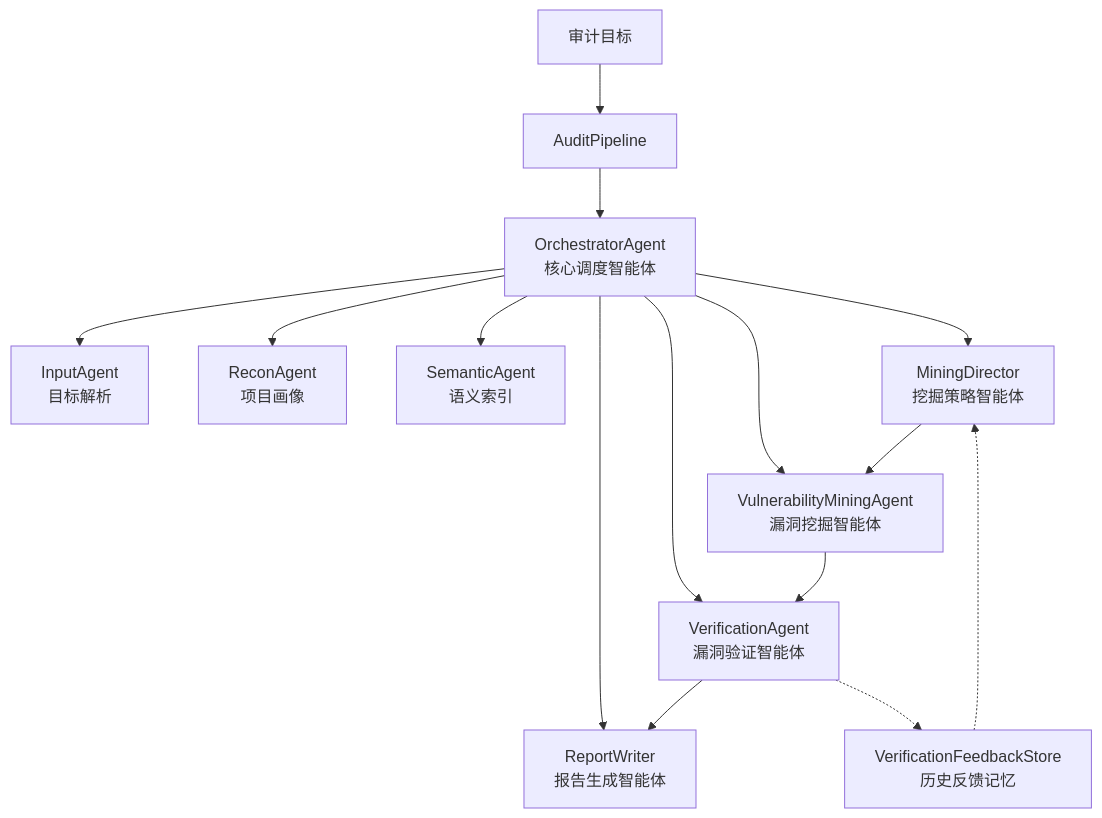
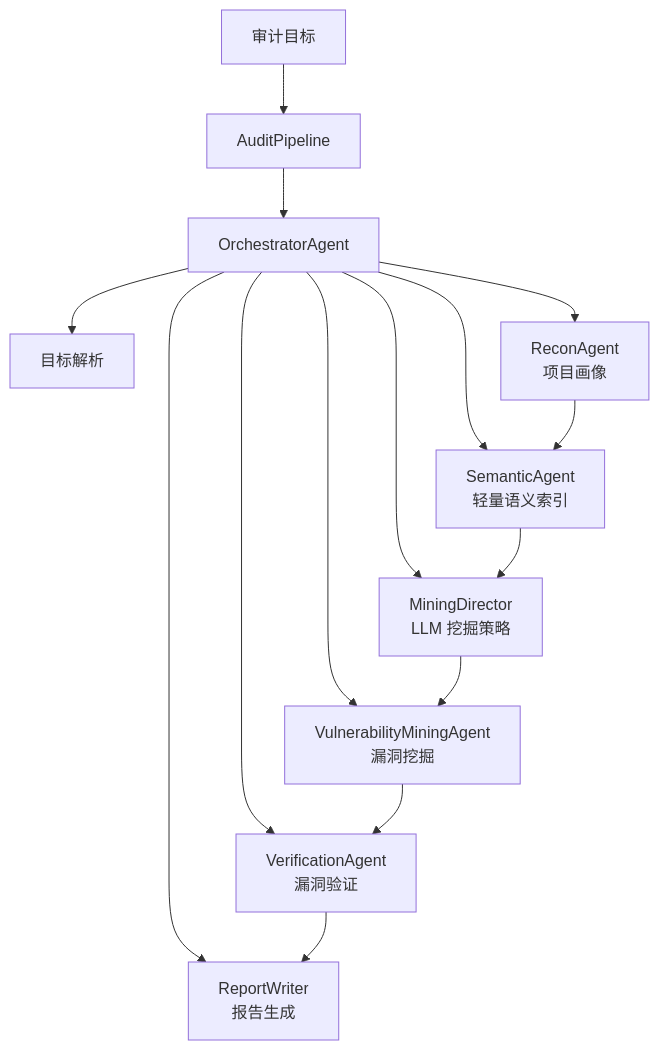
Before and after one commit to zgzm78/agentic-code-audit: the diagram in docs/架构.md, drawn with Mermaid. The commit also changed other lines of this file and 15 other files, not shown here.

Commit message:
docs: streamline project documentation and add mining roadmap

````diff
--- a/docs/架构.md
+++ b/docs/架构.md
@@ -11,20 +9,19 @@
 ```mermaid
 flowchart TD
-    UserInput["审计目标"] --> Pipeline["AuditPipeline"]
-    Pipeline --> Orchestrator["OrchestratorAgent<br/>核心调度智能体"]
+    Target["审计目标"] --> Pipeline["AuditPipeline"]
+    Pipeline --> Orchestrator["OrchestratorAgent"]
 
-    Orchestrator --> InputAgent["InputAgent<br/>目标解析"]
-    Orchestrator --> ReconAgent["ReconAgent<br/>项目画像"]
-    Orchestrator --> SemanticAgent["SemanticAgent<br/>语义索引"]
-    Orchestrator --> MiningDirector["MiningDirector<br/>挖掘策略智能体"]
-    Orchestrator --> MiningAgent["VulnerabilityMiningAgent<br/>漏洞挖掘智能体"]
-    Orchestrator --> VerificationAgent["VerificationAgent<br/>漏洞验证智能体"]
-    Orchestrator --> ReportAgent["ReportWriter<br/>报告生成智能体"]
+    Orchestrator --> Input["目标解析"]
+    Orchestrator --> Recon["ReconAgent<br/>项目画像"]
+    Orchestrator --> Semantic["SemanticAgent<br/>轻量语义索引"]
+    Orchestrator --> Director["MiningDirector<br/>LLM 挖掘策略"]
+    Orchestrator --> Mining["VulnerabilityMiningAgent<br/>漏洞挖掘"]
+    Orchestrator --> Verify["VerificationAgent<br/>漏洞验证"]
+    Orchestrator --> Report["ReportWriter<br/>报告生成"]
 
-    MiningDirector --> MiningAgent
-    MiningAgent --> VerificationAgent
-    VerificationAgent --> ReportAgent
-
-    FeedbackAgent["VerificationFeedbackStore<br/>历史反馈记忆"] -.-> MiningDirector
-    VerificationAgent -.-> FeedbackAgent
+    Recon --> Semantic
+    Semantic --> Director
+    Director --> Mining
+    Mining --> Verify
+    Verify --> Report
 ```
````
